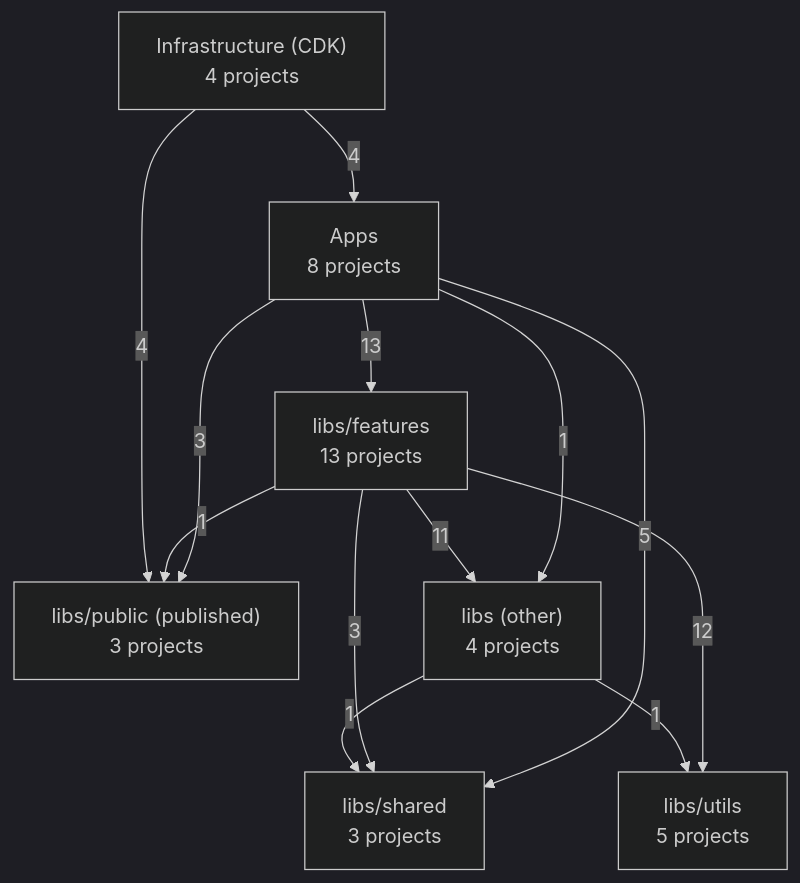
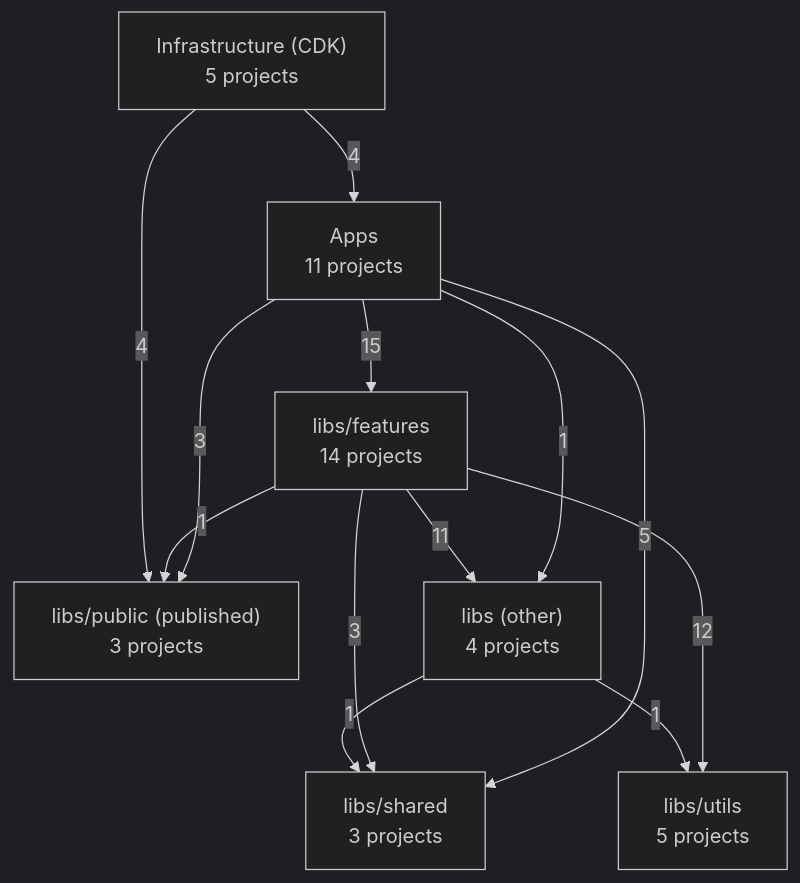
One commit to WolfSoko/wol-sok-mono changed the first of 4 diagrams in docs/architecture/README.md. Above: the diagram before and after it, drawn with Mermaid (dark theme). The commit also changed other lines of this file, not shown here.

First line of the commit message:
docs(tools): 📚️ refresh architecture diagrams

````diff
--- a/docs/architecture/README.md
+++ b/docs/architecture/README.md
@@ -26,22 +26,22 @@
 ```mermaid
 flowchart TD
-  infra["Infrastructure (CDK)<br/>4 projects"]
-  apps["Apps<br/>8 projects"]
+  infra["Infrastructure (CDK)<br/>5 projects"]
+  apps["Apps<br/>11 projects"]
   public["libs/public (published)<br/>3 projects"]
-  features["libs/features<br/>13 projects"]
+  features["libs/features<br/>14 projects"]
   shared["libs/shared<br/>3 projects"]
   utils["libs/utils<br/>5 projects"]
   other["libs (other)<br/>4 projects"]
-  apps -- 13 --> features
+  apps -- 15 --> features
   apps -- 1 --> other
   apps -- 3 --> public
   apps -- 5 --> shared
   features -- 11 --> other
   features -- 1 --> public
   features -- 3 --> shared
   features -- 12 --> utils
   infra -- 4 --> apps
   infra -- 4 --> public
   other -- 1 --> shared
   other -- 1 --> utils
 ```
````
